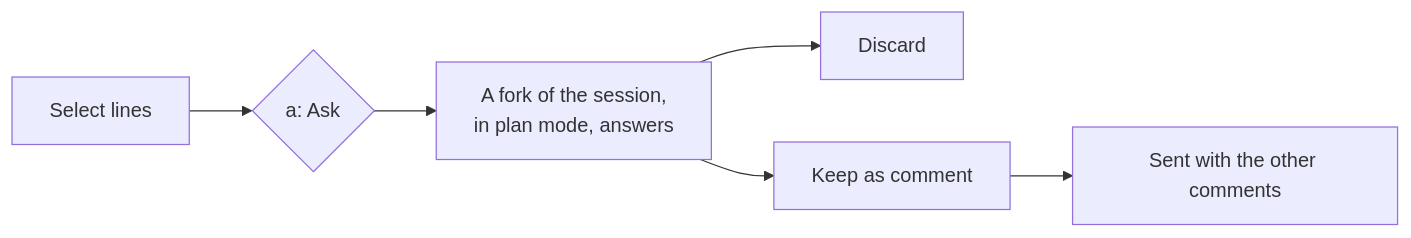
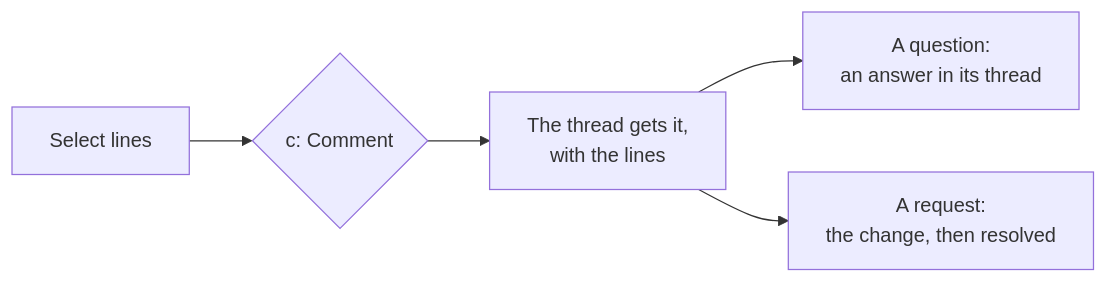
Before and after one commit to zsh-eng/workbench: the third of 4 diagrams in apps/med/docs/USER_FLOWS.md, drawn with Mermaid. The commit also changed other lines of this file and 45 other files, not shown here.

First line of the commit message:
feat(med): one kind of comment, no question forks; diagrams full screen; opening a file shows the review

````diff
--- a/apps/med/docs/USER_FLOWS.md
+++ b/apps/med/docs/USER_FLOWS.md
@@ -94,8 +93,7 @@
 ```mermaid
 flowchart LR
-  S["Select lines"] --> K{"a: Ask"}
-  K --> Q["A fork of the session,<br/>in plan mode, answers"]
-  Q --> X["Discard"]
-  Q --> C["Keep as comment"]
-  C --> T["Sent with the other comments"]
+  S["Select lines"] --> C{"c: Comment"}
+  C --> T["The thread gets it,<br/>with the lines"]
+  T --> Q["A question:<br/>an answer in its thread"]
+  T --> R["A request:<br/>the change, then resolved"]
 ```
````
